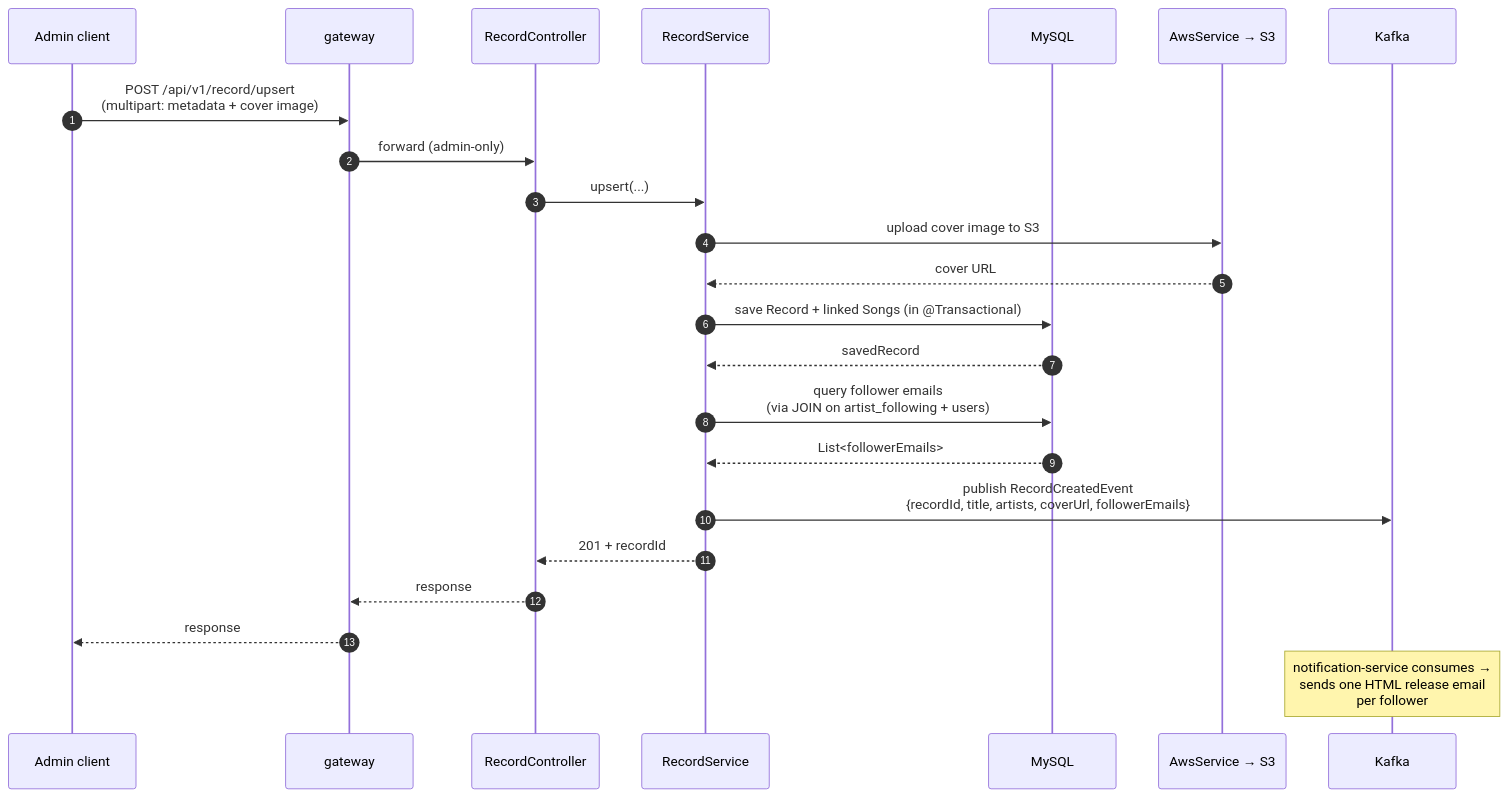
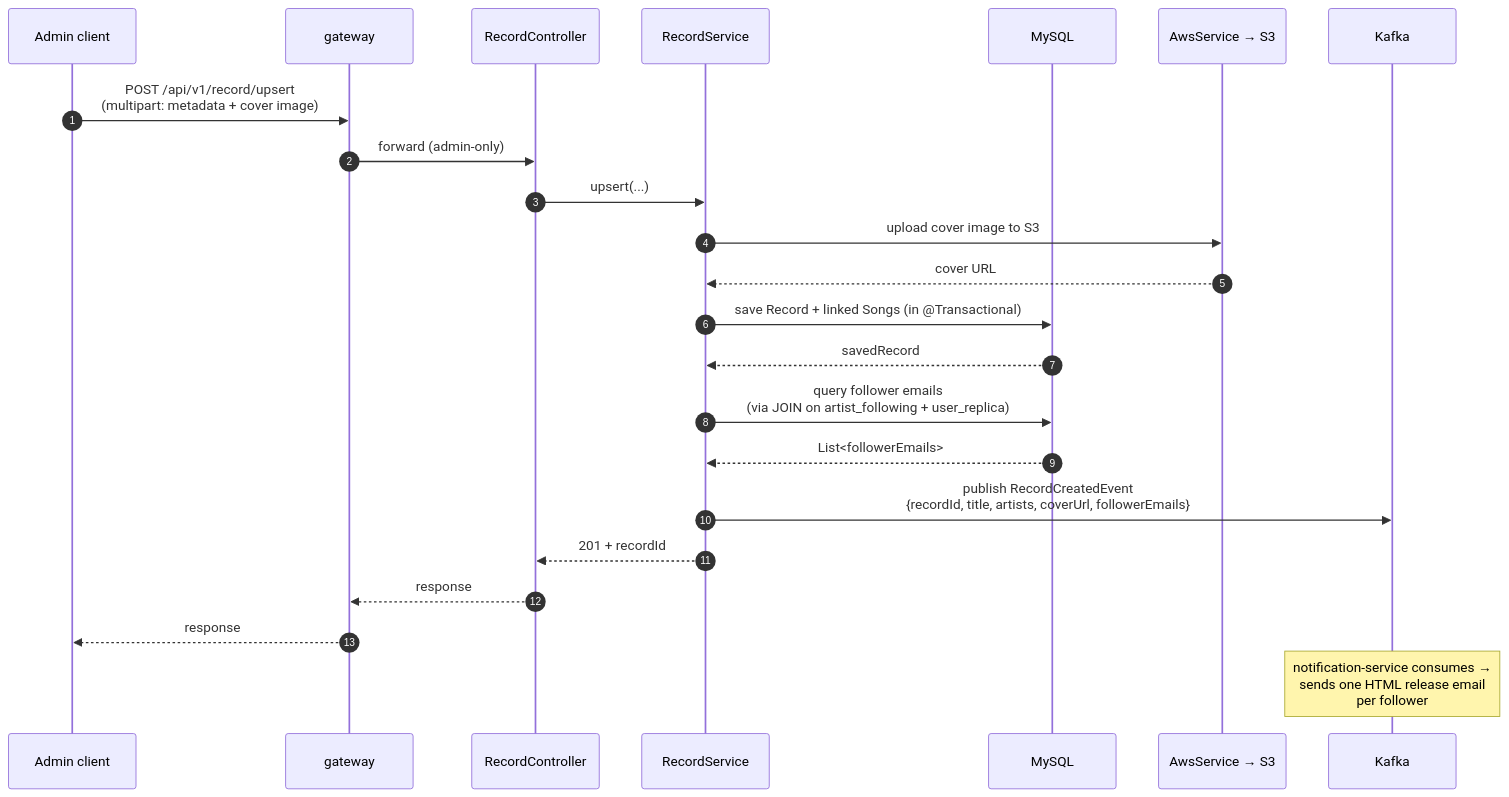
One commit to harshithrao07/cadence changed the second of 3 diagrams in catalog-service/README.md. Above: the diagram before and after it, drawn with Mermaid. The commit also changed other lines of this file and 49 other files, not shown here.

First line of the commit message:
feat: catalog owns follows, user replica, media events (phase 2 of db-per-service + saga)

````diff
--- a/catalog-service/README.md
+++ b/catalog-service/README.md
@@ -66,27 +79,27 @@
 ```mermaid
 sequenceDiagram
     autonumber
     participant Admin as Admin client
     participant G as gateway
     participant RC as RecordController
     participant RS as RecordService
     participant DB as MySQL
     participant Aws as AwsService → S3
     participant K as Kafka
 
     Admin->>G: POST /api/v1/record/upsert<br/>(multipart: metadata + cover image)
     G->>RC: forward (admin-only)
     RC->>RS: upsert(...)
     RS->>Aws: upload cover image to S3
     Aws-->>RS: cover URL
     RS->>DB: save Record + linked Songs (in @Transactional)
     DB-->>RS: savedRecord
-    RS->>DB: query follower emails<br/>(via JOIN on artist_following + users)
+    RS->>DB: query follower emails<br/>(via JOIN on artist_following + user_replica)
     DB-->>RS: List<followerEmails>
     RS->>K: publish RecordCreatedEvent<br/>{recordId, title, artists, coverUrl, followerEmails}
     RS-->>RC: 201 + recordId
     RC-->>G: response
     G-->>Admin: response
 
     Note over K: notification-service consumes →<br/>sends one HTML release email<br/>per follower
 ```
````
